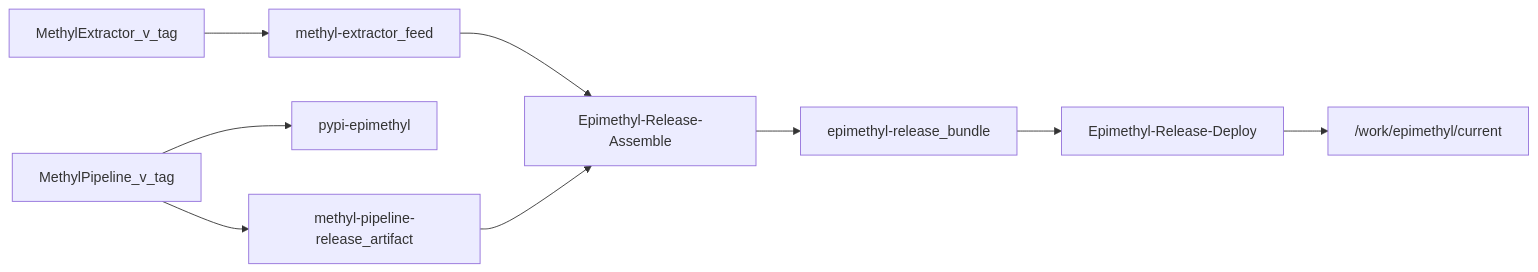
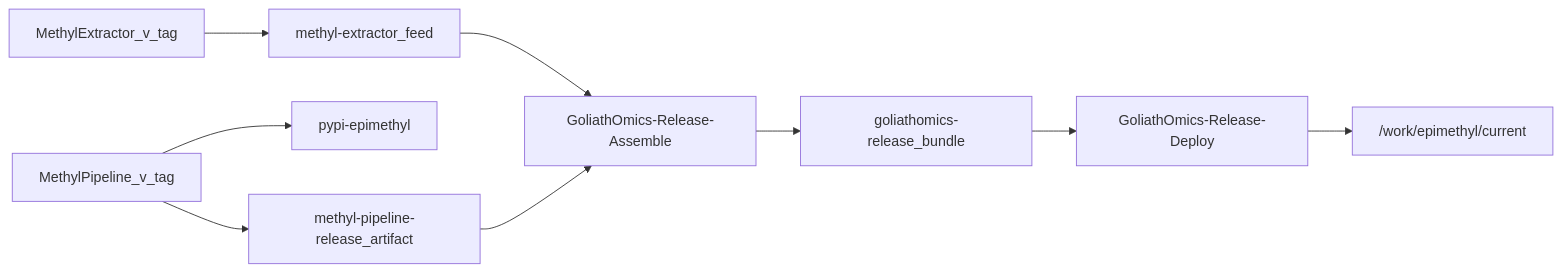
Before and after one commit to Goliath-Research/GoliathWorkflow: the diagram in docs/deployment/production_release.md, drawn with Mermaid. The commit also changed other lines of this file and 32 other files, not shown here.

First line of the commit message:
Update Azure Pipelines configuration and documentation to reflect GoliathOmics branding

````diff
--- a/docs/deployment/production_release.md
+++ b/docs/deployment/production_release.md
@@ -11,11 +11,11 @@
 ```mermaid
 flowchart LR
   MEtag[MethylExtractor_v_tag] --> MEFeed[methyl-extractor_feed]
   MPtag[MethylPipeline_v_tag] --> PyFeed[pypi-epimethyl]
   MPtag --> MPArt[methyl-pipeline-release_artifact]
-  MEFeed --> Assemble[Epimethyl-Release-Assemble]
+  MEFeed --> Assemble[GoliathOmics-Release-Assemble]
   MPArt --> Assemble
-  Assemble --> Bundle[epimethyl-release_bundle]
-  Bundle --> Deploy[Epimethyl-Release-Deploy]
+  Assemble --> Bundle[goliathomics-release_bundle]
+  Bundle --> Deploy[GoliathOmics-Release-Deploy]
   Deploy --> Work["/work/epimethyl/current"]
 ```
````
